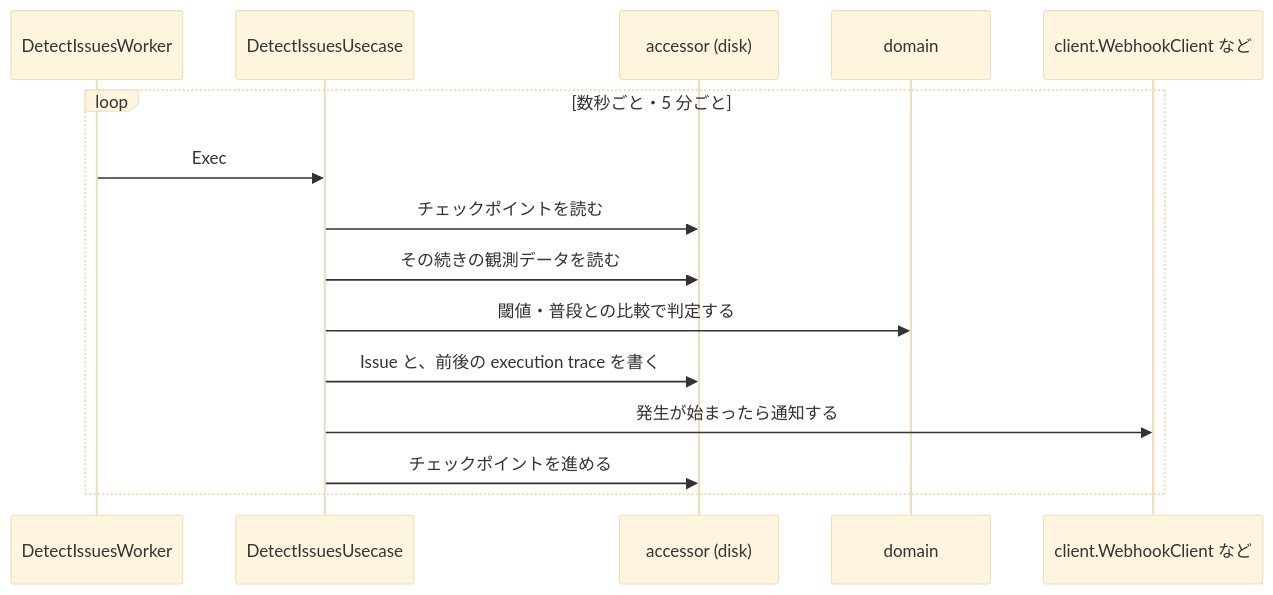
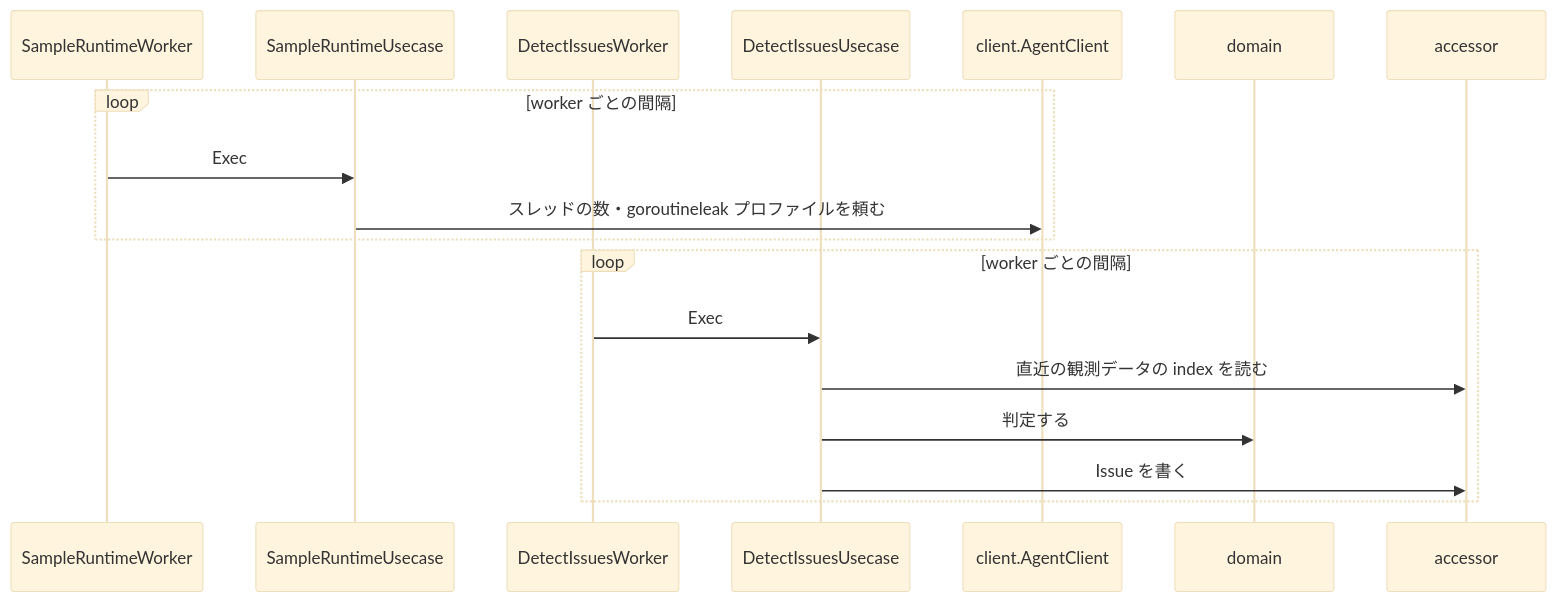
The ninth of 12 diagrams in docs/architecture.md (kakkky/gorviz), drawn with Mermaid (base theme) before and after one commit. The commit also changed other lines of this file, not shown here.

Commit message:
docs: rework the architecture for the local tool with one gorviz binary holding the server and the cli, layer the agent injected into the app through an overlay, talk to it over one socket defined in agentsocket, and keep package names short with the details in type names

````diff
--- a/docs/architecture.md
+++ b/docs/architecture.md
@@ -406,18 +351,21 @@
 ```mermaid
 sequenceDiagram
-    participant W as DetectIssuesWorker
-    participant U as DetectIssuesUsecase
-    participant A as accessor (disk)
+    participant SW as SampleRuntimeWorker
+    participant SU as SampleRuntimeUsecase
+    participant DW as DetectIssuesWorker
+    participant DU as DetectIssuesUsecase
+    participant AG as client.AgentClient
     participant D as domain
-    participant N as client.WebhookClient など
+    participant AC as accessor
 
-    loop 数秒ごと・5 分ごと
-        W->>U: Exec
-        U->>A: チェックポイントを読む
-        U->>A: その続きの観測データを読む
-        U->>D: 閾値・普段との比較で判定する
-        U->>A: Issue と、前後の execution trace を書く
-        U->>N: 発生が始まったら通知する
-        U->>A: チェックポイントを進める
+    loop worker ごとの間隔
+        SW->>SU: Exec
+        SU->>AG: スレッドの数・goroutineleak プロファイルを頼む
+    end
+    loop worker ごとの間隔
+        DW->>DU: Exec
+        DU->>AC: 直近の観測データの index を読む
+        DU->>D: 判定する
+        DU->>AC: Issue を書く
     end
 ```
````
